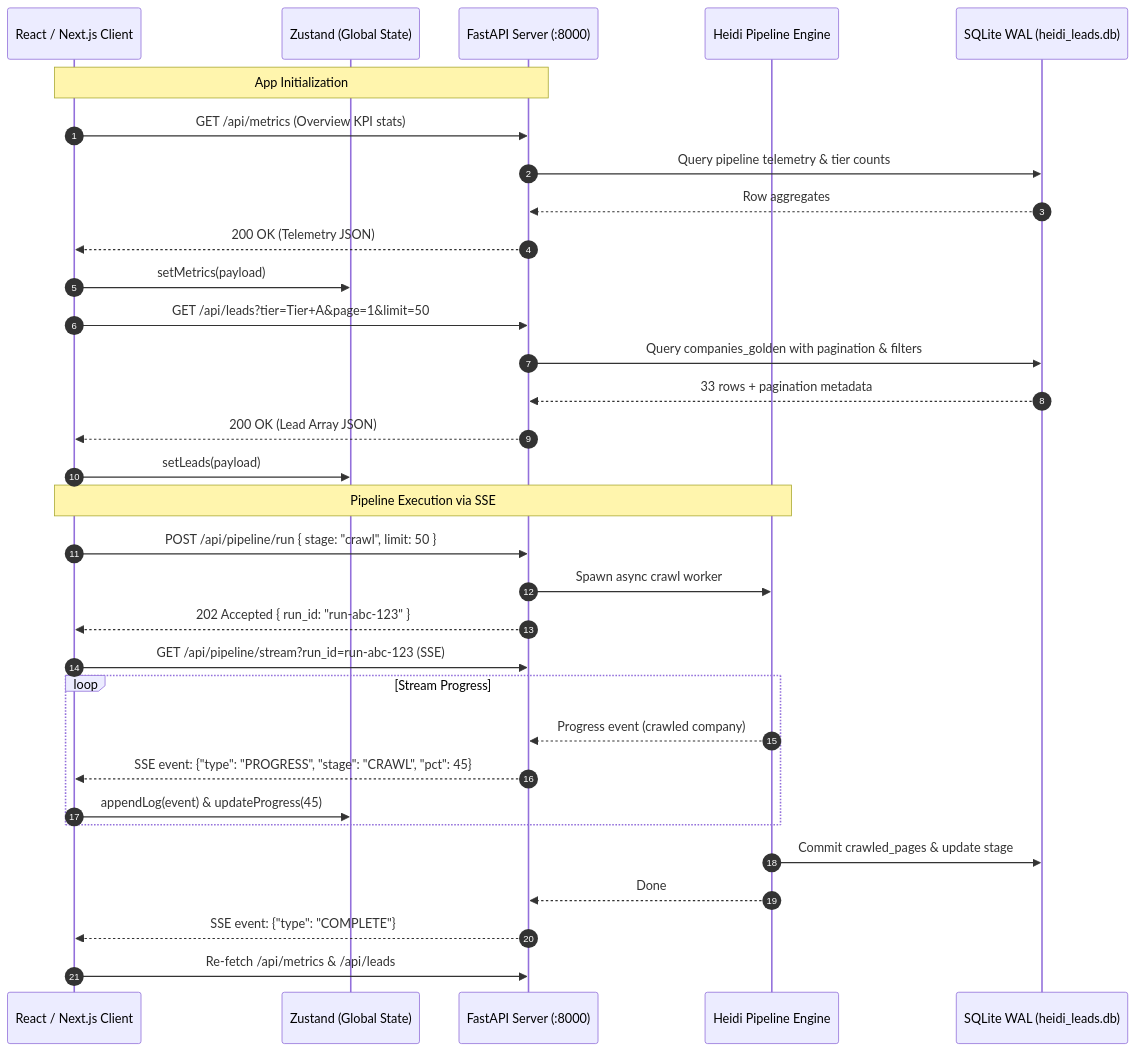
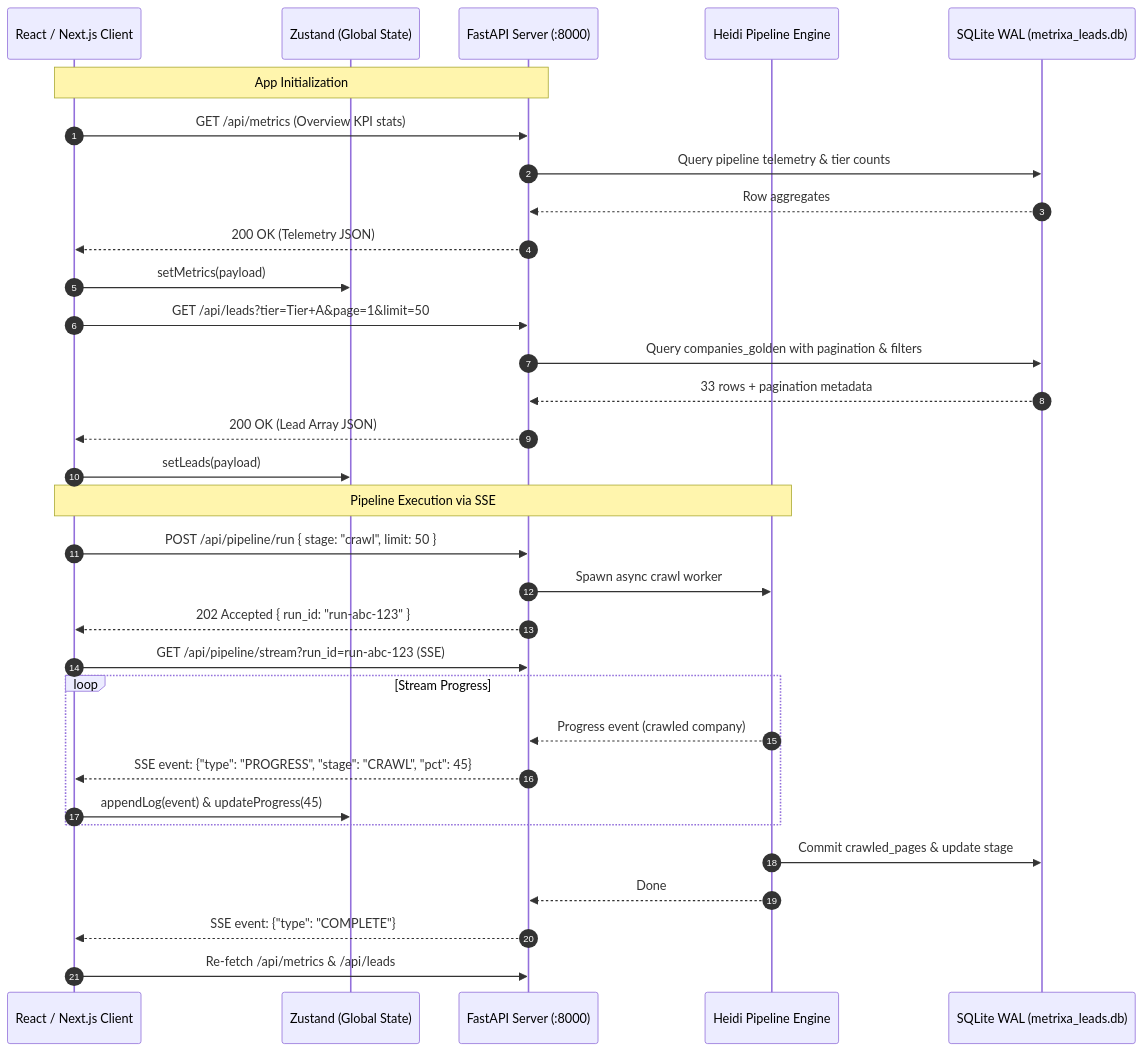
One commit to sainibhaowal/Metrixa-Systems changed the diagram in docs/Web Plan/04_DATA_FLOW_API_CONTRACTS_AND_STATE_MANAGEMENT.md. Above: the diagram before and after it, drawn with Mermaid. The commit also changed other lines of this file and 66 other files, not shown here.

````diff
--- a/docs/Web Plan/04_DATA_FLOW_API_CONTRACTS_AND_STATE_MANAGEMENT.md
+++ b/docs/Web Plan/04_DATA_FLOW_API_CONTRACTS_AND_STATE_MANAGEMENT.md
@@ -11,39 +11,39 @@
 ```mermaid
 sequenceDiagram
     autonumber
     participant UI as React / Next.js Client
     participant Store as Zustand (Global State)
     participant API as FastAPI Server (:8000)
     participant Engine as Heidi Pipeline Engine
-    participant DB as SQLite WAL (heidi_leads.db)
+    participant DB as SQLite WAL (metrixa_leads.db)
 
     Note over UI,API: App Initialization
     UI->>API: GET /api/metrics (Overview KPI stats)
     API->>DB: Query pipeline telemetry & tier counts
     DB-->>API: Row aggregates
     API-->>UI: 200 OK (Telemetry JSON)
     UI->>Store: setMetrics(payload)
 
     UI->>API: GET /api/leads?tier=Tier+A&page=1&limit=50
     API->>DB: Query companies_golden with pagination & filters
     DB-->>API: 33 rows + pagination metadata
     API-->>UI: 200 OK (Lead Array JSON)
     UI->>Store: setLeads(payload)
 
     Note over UI,Engine: Pipeline Execution via SSE
     UI->>API: POST /api/pipeline/run { stage: "crawl", limit: 50 }
     API->>Engine: Spawn async crawl worker
     API-->>UI: 202 Accepted { run_id: "run-abc-123" }
     UI->>API: GET /api/pipeline/stream?run_id=run-abc-123 (SSE)
-    
+
     loop Stream Progress
         Engine-->>API: Progress event (crawled company)
         API-->>UI: SSE event: {"type": "PROGRESS", "stage": "CRAWL", "pct": 45}
         UI->>Store: appendLog(event) & updateProgress(45)
     end
 
     Engine->>DB: Commit crawled_pages & update stage
     Engine-->>API: Done
     API-->>UI: SSE event: {"type": "COMPLETE"}
     UI->>API: Re-fetch /api/metrics & /api/leads
 ```
````
